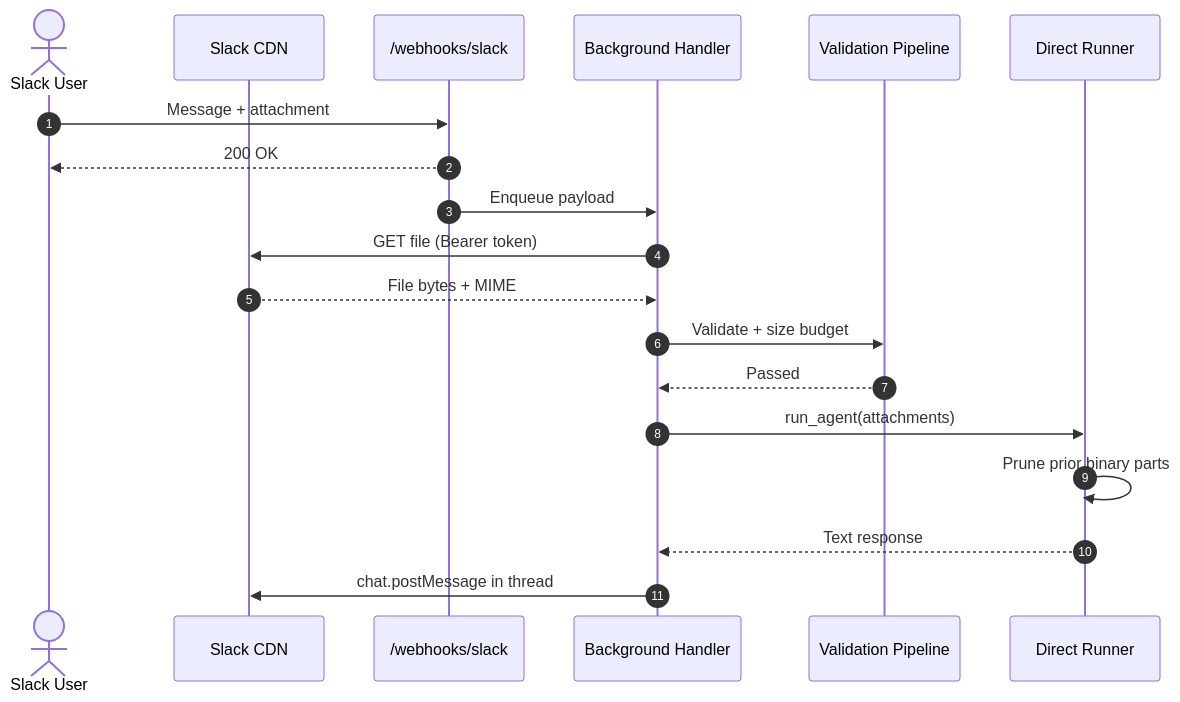
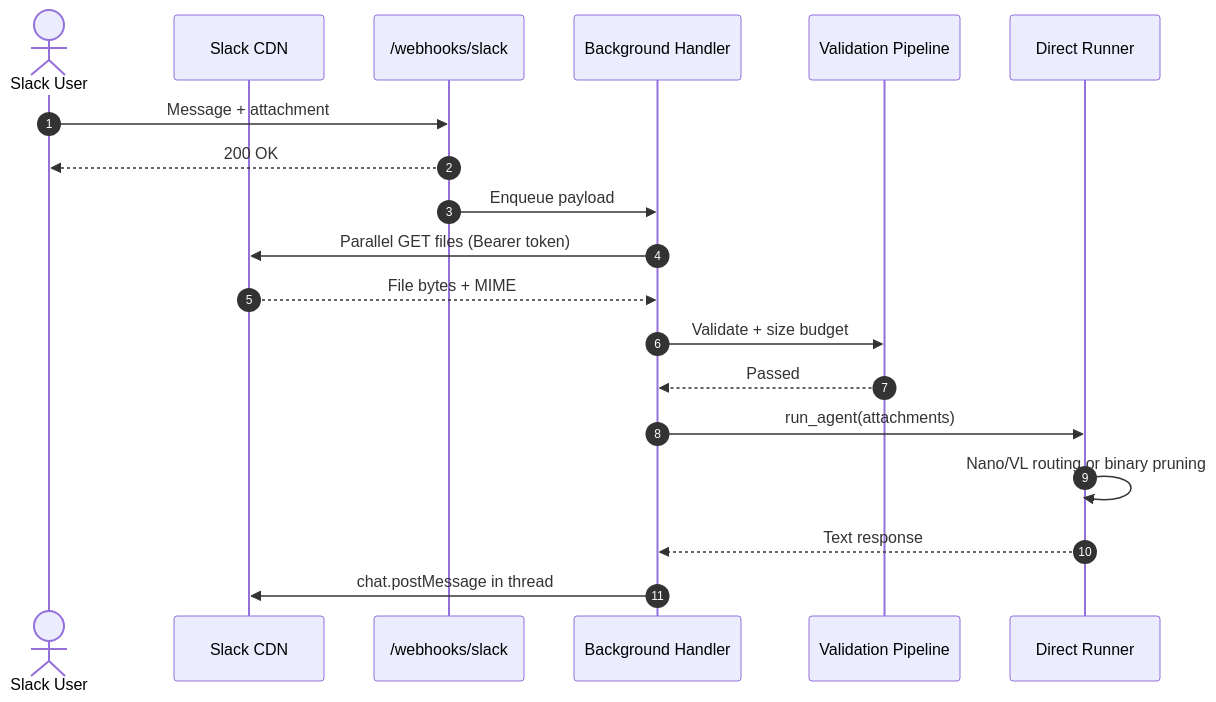
One commit to AmritSDutta/Aryhant changed the second of 2 diagrams in docs/multimodal.mdx. Above: the diagram before and after it, drawn with Mermaid. The commit also changed other lines of this file and 8 other files, not shown here.

````diff
--- a/docs/multimodal.mdx
+++ b/docs/multimodal.mdx
@@ -44,21 +47,21 @@
 ```mermaid
 sequenceDiagram
   autonumber
   actor User as Slack User
   participant Slack as Slack CDN
   participant Endpoint as /webhooks/slack
   participant Handler as Background Handler
   participant Pipeline as Validation Pipeline
   participant Engine as Direct Runner
   User->>Endpoint: Message + attachment
   Endpoint-->>User: 200 OK
   Endpoint->>Handler: Enqueue payload
-  Handler->>Slack: GET file (Bearer token)
+  Handler->>Slack: Parallel GET files (Bearer token)
   Slack-->>Handler: File bytes + MIME
   Handler->>Pipeline: Validate + size budget
   Pipeline-->>Handler: Passed
   Handler->>Engine: run_agent(attachments)
-  Engine->>Engine: Prune prior binary parts
+  Engine->>Engine: Nano/VL routing or binary pruning
   Engine-->>Handler: Text response
   Handler->>Slack: chat.postMessage in thread
 ```
````
